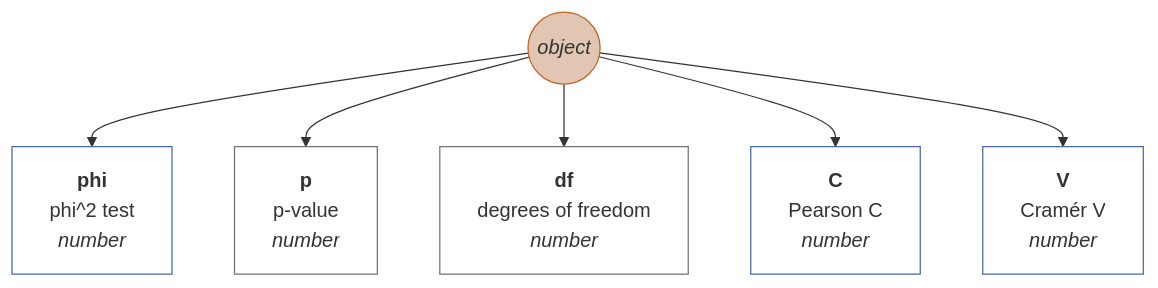
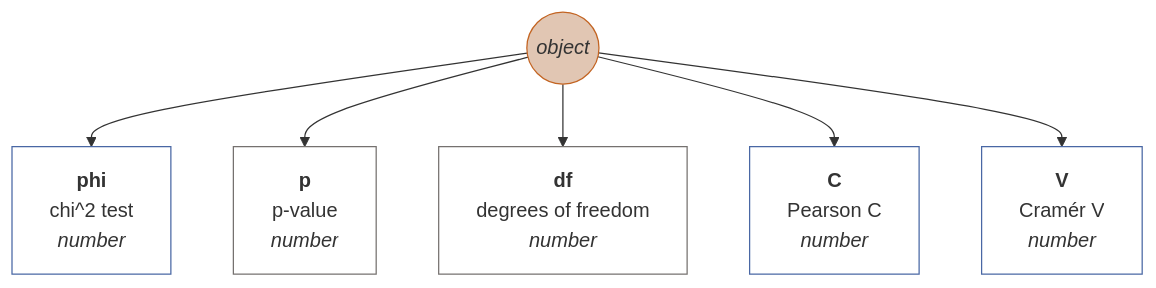
Diagram 49 of 49 in docs/en-GB.md (muzikp/retusa), drawn with Mermaid before and after one commit. The commit also changed other lines of this file and 11 other files, not shown here.

Commit message:
Chi Square goodness of fit (test)

````diff
--- a/docs/en-GB.md
+++ b/docs/en-GB.md
@@ -2032,22 +2068,22 @@
 ```mermaid
 graph TD
 contingency((<i>object</i>))
 style contingency fill:#E1C6B3;
 style contingency stroke:#C36422;
-contingency --> phi[<b>phi</b><br>phi^2 test <br><i>number</i>]
+contingency --> phi[<b>phi</b><br>chi^2 test <br><i>number</i>]
 style phi fill:#FFFFFF;
 style phi stroke:#4967A4;
 contingency --> p[<b>p</b><br>p-value <br><i>number</i>]
 style p fill:#FFFFFF;
 style p stroke:#75716F;
 contingency --> df[<b>df</b><br>degrees of freedom <br><i>number</i>]
 style df fill:#FFFFFF;
 style df stroke:#75716F;
 contingency --> C[<b>C</b><br>Pearson C <br><i>number</i>]
 style C fill:#FFFFFF;
 style C stroke:#4967A4;
 contingency --> V[<b>V</b><br>Cramér V <br><i>number</i>]
 style V fill:#FFFFFF;
 style V stroke:#4967A4;
 
 ```
````
